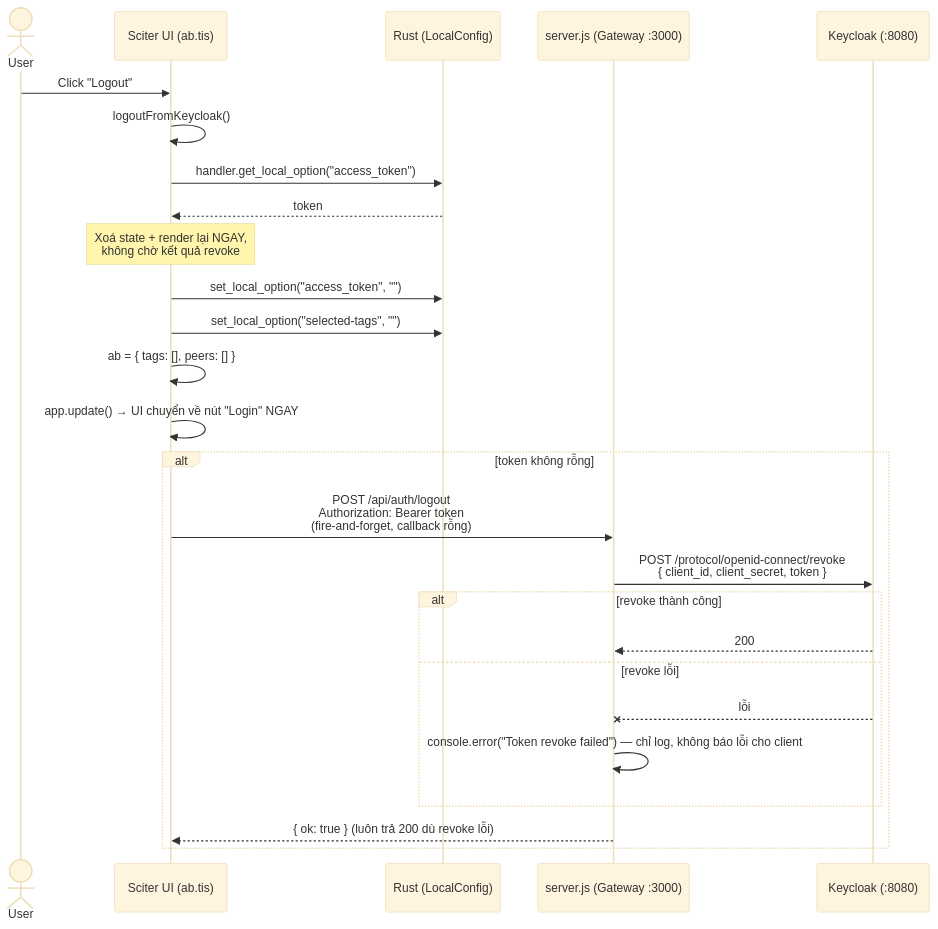
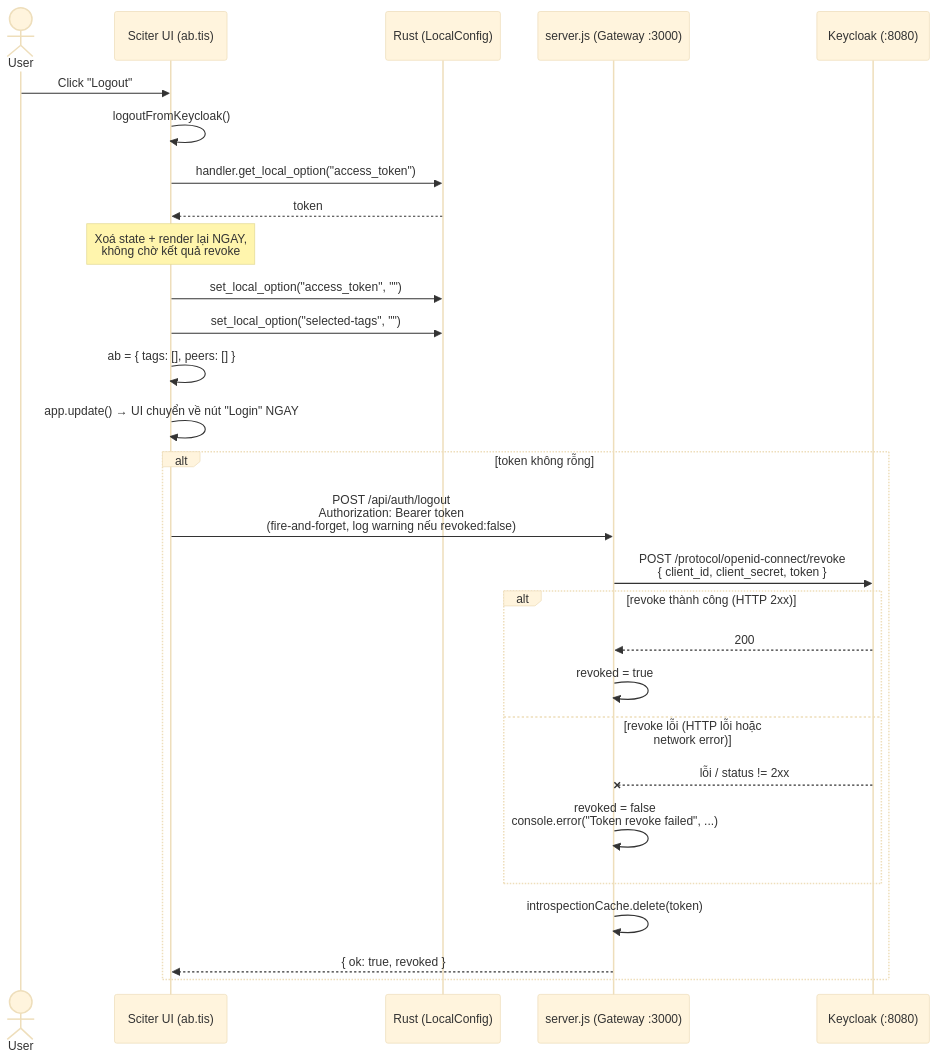
Before and after one commit to phanhnd/rustdesk-datn: the third of 3 diagrams in docs/address-book.md, drawn with Mermaid (base theme). The commit also changed other lines of this file and 7 other files, not shown here.

````diff
--- a/docs/address-book.md
+++ b/docs/address-book.md
@@ -150,31 +151,33 @@
 ```mermaid
 sequenceDiagram
     actor User
     participant TIS as Sciter UI (ab.tis)
     participant Rust as Rust (LocalConfig)
     participant GW as server.js (Gateway :3000)
     participant KC as Keycloak (:8080)
 
     User->>TIS: Click "Logout"
     TIS->>TIS: logoutFromKeycloak()
     TIS->>Rust: handler.get_local_option("access_token")
     Rust-->>TIS: token
 
     Note over TIS: Xoá state + render lại NGAY,<br/>không chờ kết quả revoke
     TIS->>Rust: set_local_option("access_token", "")
     TIS->>Rust: set_local_option("selected-tags", "")
     TIS->>TIS: ab = { tags: [], peers: [] }
     TIS->>TIS: app.update() → UI chuyển về nút "Login" NGAY
 
     alt token không rỗng
-        TIS->>GW: POST /api/auth/logout<br/>Authorization: Bearer token<br/>(fire-and-forget, callback rỗng)
+        TIS->>GW: POST /api/auth/logout<br/>Authorization: Bearer token<br/>(fire-and-forget, log warning nếu revoked:false)
         GW->>KC: POST /protocol/openid-connect/revoke<br/>{ client_id, client_secret, token }
-        alt revoke thành công
+        alt revoke thành công (HTTP 2xx)
             KC-->>GW: 200
-        else revoke lỗi
-            KC--xGW: lỗi
-            GW->>GW: console.error("Token revoke failed") — chỉ log, không báo lỗi cho client
+            GW->>GW: revoked = true
+        else revoke lỗi (HTTP lỗi hoặc network error)
+            KC--xGW: lỗi / status != 2xx
+            GW->>GW: revoked = false<br/>console.error("Token revoke failed", ...)
         end
-        GW-->>TIS: { ok: true }  (luôn trả 200 dù revoke lỗi)
+        GW->>GW: introspectionCache.delete(token)
+        GW-->>TIS: { ok: true, revoked }
     end
 ```
````
